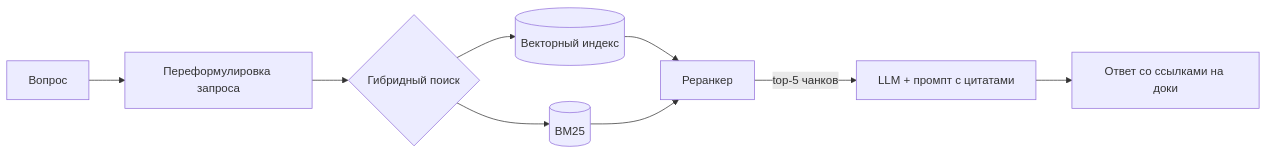
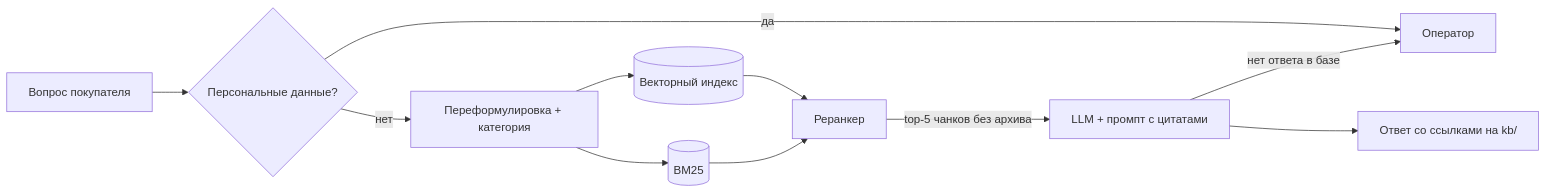
One commit to olgln/ai-engineer-cookbook changed the diagram in book/AIL-50.md. Above: the diagram before and after it, drawn with Mermaid. The commit also changed other lines of this file and 6 other files, not shown here.

````diff
--- a/book/AIL-50.md
+++ b/book/AIL-50.md
@@ -61,11 +63,13 @@
 ```mermaid
 flowchart LR
-    Q[Вопрос] --> RW[Переформулировка запроса]
-    RW --> H{Гибридный поиск}
-    H --> V[(Векторный индекс)]
-    H --> B[(BM25)]
+    Q[Вопрос покупателя] --> PD{Персональные данные?}
+    PD -->|да| HO[Оператор]
+    PD -->|нет| RW[Переформулировка + категория]
+    RW --> V[(Векторный индекс)]
+    RW --> B[(BM25)]
     V --> RR[Реранкер]
     B --> RR
-    RR -->|top-5 чанков| LLM[LLM + промпт с цитатами]
-    LLM --> A[Ответ со ссылками на доки]
+    RR -->|top-5 чанков без архива| LLM[LLM + промпт с цитатами]
+    LLM --> A[Ответ со ссылками на kb/]
+    LLM -->|нет ответа в базе| HO
 ```
````
